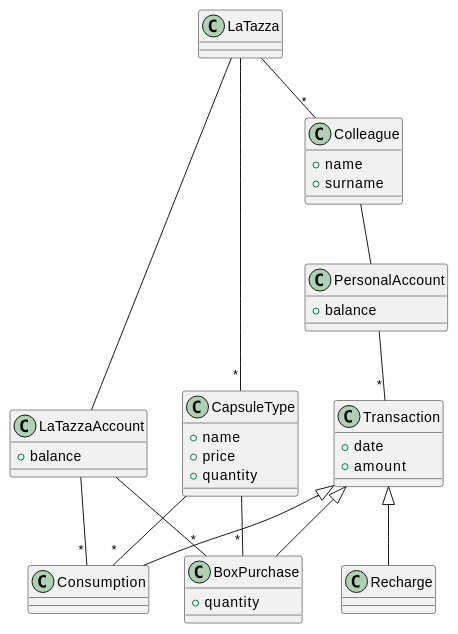
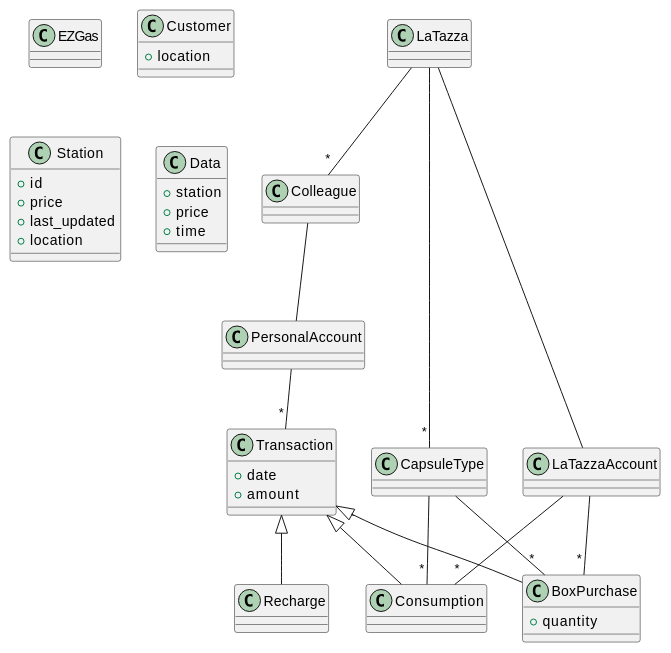
One commit to SoftengPoliTo/Lab2 changed the third of 5 diagrams in REQ_s274148.md. Above: the diagram before and after it, drawn with PlantUML. The commit also changed other lines of this file, not shown here.

````diff
--- a/REQ_s274148.md
+++ b/REQ_s274148.md
@@ -207,52 +189,50 @@
 ```plantuml
-class LaTazza
-class Colleague {
-+ name
-+ surname
+class EZGas
+class Customer {
++ location
 }
 
-class PersonalAccount {
-+ balance
+class Station {
++ id
++ price
++ last_updated
++ location
 }
 
-class CapsuleType {
-+ name
+class Data {
++ station
 + price
-+ quantity
-}
-
-class LaTazzaAccount {
-+ balance
++ time
 }
 
 class BoxPurchase {
 + quantity
 }
 
 class Transaction {
 + date
 + amount
 }
 
 class Recharge
 class Consumption
 
 
 LaTazza -- "*" Colleague
 LaTazza -- "*" CapsuleType
 LaTazza -- LaTazzaAccount
 
 LaTazzaAccount -- "*" BoxPurchase
 LaTazzaAccount -- "*" Consumption
 
 CapsuleType -- "*" Consumption
 CapsuleType -- "*" BoxPurchase
 
 Colleague -- PersonalAccount
 PersonalAccount -- "*" Transaction
 
 Transaction <|-- Recharge
 Transaction <|-- Consumption
 Transaction <|-- BoxPurchase
 
 ```
````
